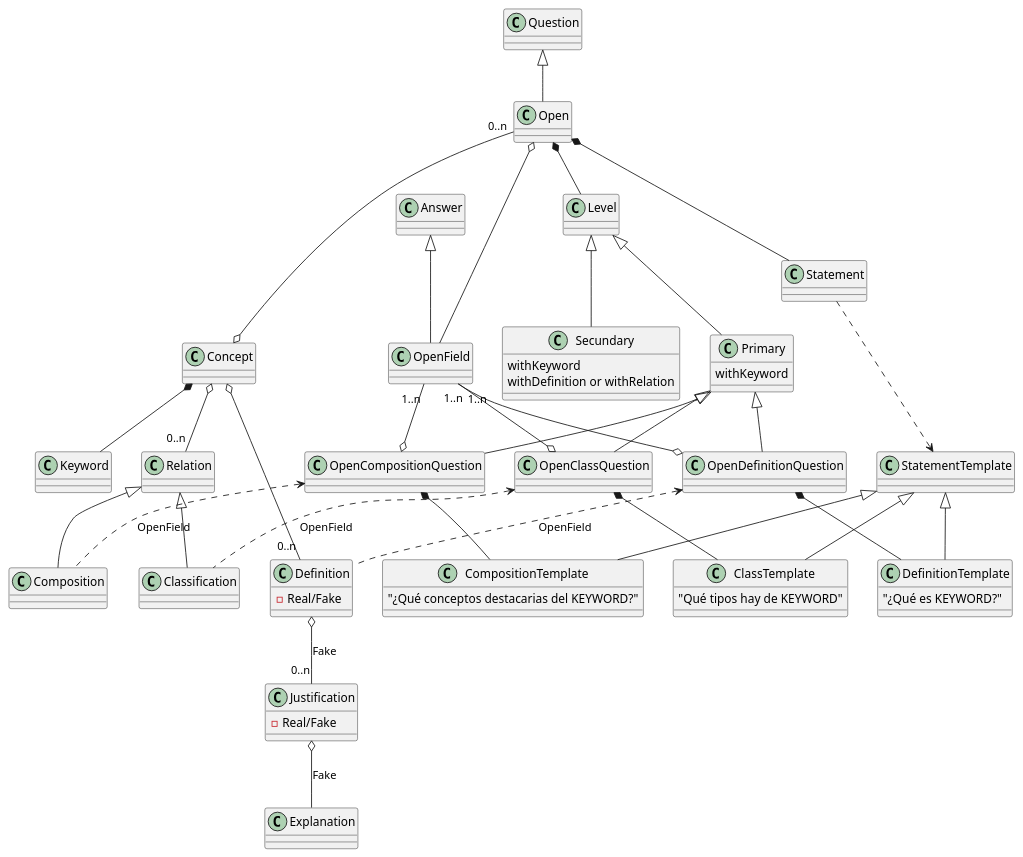
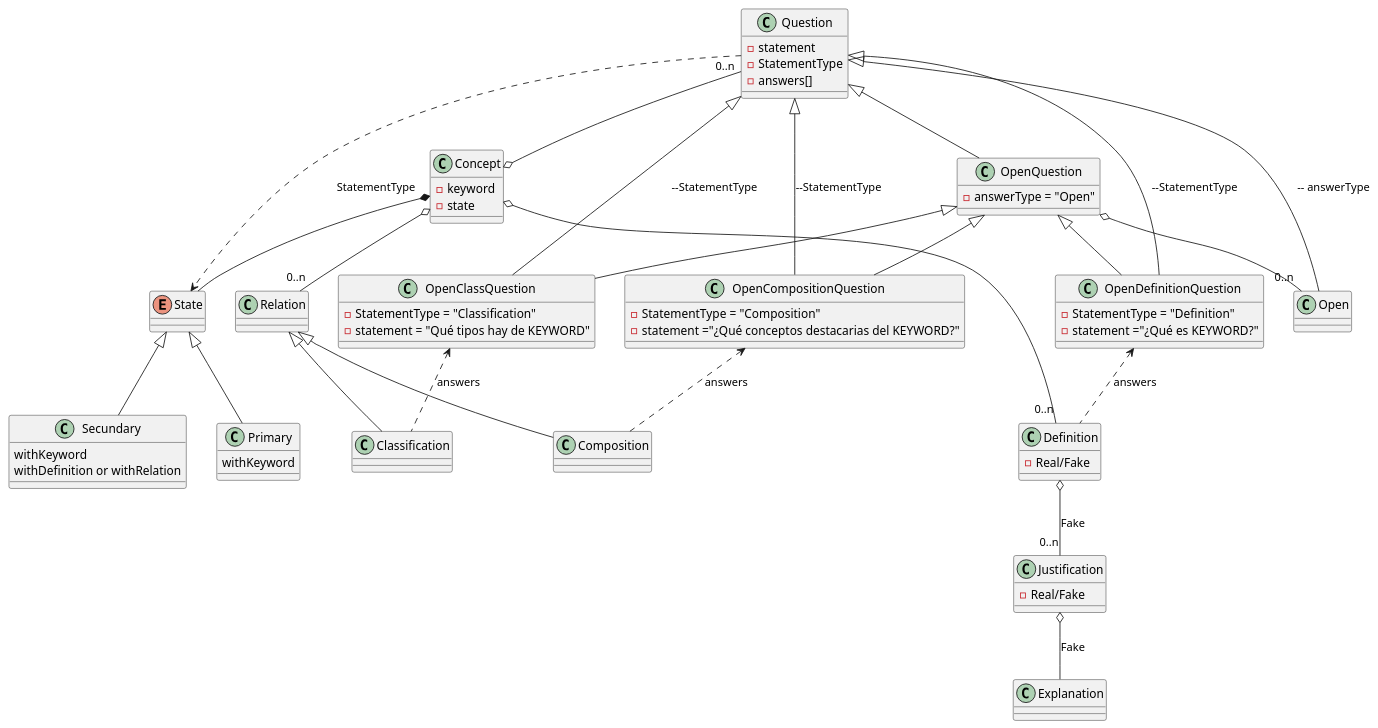
One commit to Joselon/ProyectoOpoTest changed the diagram in doc/dominio_detail_concept.puml. Above: the diagram before and after it, drawn with PlantUML. The commit also changed 3 other files, not shown here.

```diff
--- a/doc/dominio_detail_concept.puml
+++ b/doc/dominio_detail_concept.puml
@@ -1,127 +1,96 @@
 @startuml ConceptDomainDetail
 
-class Concept
-
-class Keyword
+class Concept {
+    - keyword
+    - state
+}
 
 class Definition {
-    -Real/Fake
+    - Real/Fake
 }
 
 class Justification {
-    -Real/Fake
+    - Real/Fake
 }
 
 class Explanation
 
 class Relation
 
 class Classification
 
 class Composition
 
-class Level
+enum State
 
 class Primary {
     withKeyword
 }
 
 class Secundary {
     withKeyword
     withDefinition or withRelation
 }
 
-class OpenDefinitionQuestion
+class OpenDefinitionQuestion {
+    - StatementType = "Definition"
+    - statement ="¿Qué es KEYWORD?"
 
-class OpenClassQuestion
+}
 
-class OpenCompositionQuestion
+class OpenClassQuestion {
+    - StatementType = "Classification"
+    - statement = "Qué tipos hay de KEYWORD"
 
-'class OpenReverseDefinitionQuestion
+}
 
-'class OpenJustificationQuestion
+class OpenCompositionQuestion {
+    - StatementType = "Composition"
+    - statement ="¿Qué conceptos destacarias del KEYWORD?"
 
-class Question
+}
+
+class Question {
+    - statement
+    - StatementType
+    - answers[]
+}
+
+class OpenQuestion {
+    - answerType = "Open"
+}
 
 class Open
 
-class Statement
+Question <|-- OpenQuestion
+Question "0..n" -o Concept
+Question <|-- Open :-- answerType
+OpenQuestion o--"0..n" Open
+Concept *-- State
+Question ..> State: StatementType
 
-class StatementTemplate
-
-
-class DefinitionTemplate {
-    "¿Qué es KEYWORD?"
-}
-
-class ClassTemplate {
-    "Qué tipos hay de KEYWORD"
-}
-
-class CompositionTemplate {
-    "¿Qué conceptos destacarias del KEYWORD?"
-}
-
-'class JustificationTemplate {
-'    "¿La KEYWORD es esta DEFINITION?¿Por qué?"
-'}
-
-'class ReverseDefinitionTemplate {
-'    "¿Qué es REALDEFINITION?"
-'}
-
-class Answer
-
-class OpenField
-
-Question <|-- Open
-Open "0..n" -o Concept
-Answer <|-- OpenField
-Open o-- OpenField
-Open *-- Level
-Open *-- Statement
-Statement ..> StatementTemplate
-
-Concept *-- Keyword
 Concept o--"0..n" Definition
 Definition o-- "0..n" Justification:Fake
 Justification o-- Explanation:Fake
 
 Concept o-- "0..n" Relation
 Relation <|-- Classification
 Relation <|-- Composition
-'Relation -->"1..m" Concept
 
-Level <|-- Primary
-Level <|-- Secundary
+State <|-- Primary
+State <|-- Secundary
 
-StatementTemplate <|-- DefinitionTemplate
-StatementTemplate <|-- ClassTemplate
-StatementTemplate <|-- CompositionTemplate
+Question <|-- OpenDefinitionQuestion :--StatementType
+Question <|-- OpenClassQuestion :--StatementType
+Question <|-- OpenCompositionQuestion :--StatementType
 
-Primary <|-- OpenDefinitionQuestion
-OpenDefinitionQuestion *-- DefinitionTemplate
-OpenField "1..n" --o OpenDefinitionQuestion
-OpenDefinitionQuestion <.. Definition: OpenField
+OpenQuestion <|-- OpenDefinitionQuestion
+OpenDefinitionQuestion <.. Definition: answers
 
-Primary <|-- OpenClassQuestion
-OpenClassQuestion *-- ClassTemplate
-OpenField "1..n"--o OpenClassQuestion
-OpenClassQuestion <.. Classification :OpenField
+OpenQuestion <|-- OpenClassQuestion
+OpenClassQuestion <.. Classification :answers
 
-Primary <|-- OpenCompositionQuestion
-OpenCompositionQuestion *-- CompositionTemplate
-OpenField "1..n"--o OpenCompositionQuestion
-OpenCompositionQuestion <.. Composition :OpenField
-
-'Secundary <|-- OpenReverseDefinitionQuestion
-'OpenReverseDefinitionQuestion *-- ReverseDefinitionTemplate
-'OpenField "1..n" --o OpenReverseDefinitionQuestion
-'OpenReverseDefinitionQuestion <.. Keyword :Fake <- OpenField
-
-'Secundary <|-- OpenJustificationQuestion
-'OpenJustificationQuestion *-- JustificationTemplate
-'OpenJustificationQuestion o--"1..n" OpenField
-'OpenJustificationQuestion <.. Justification :OpenField
+OpenQuestion <|-- OpenCompositionQuestion
+OpenCompositionQuestion <.. Composition :answers
 
 @enduml
```
